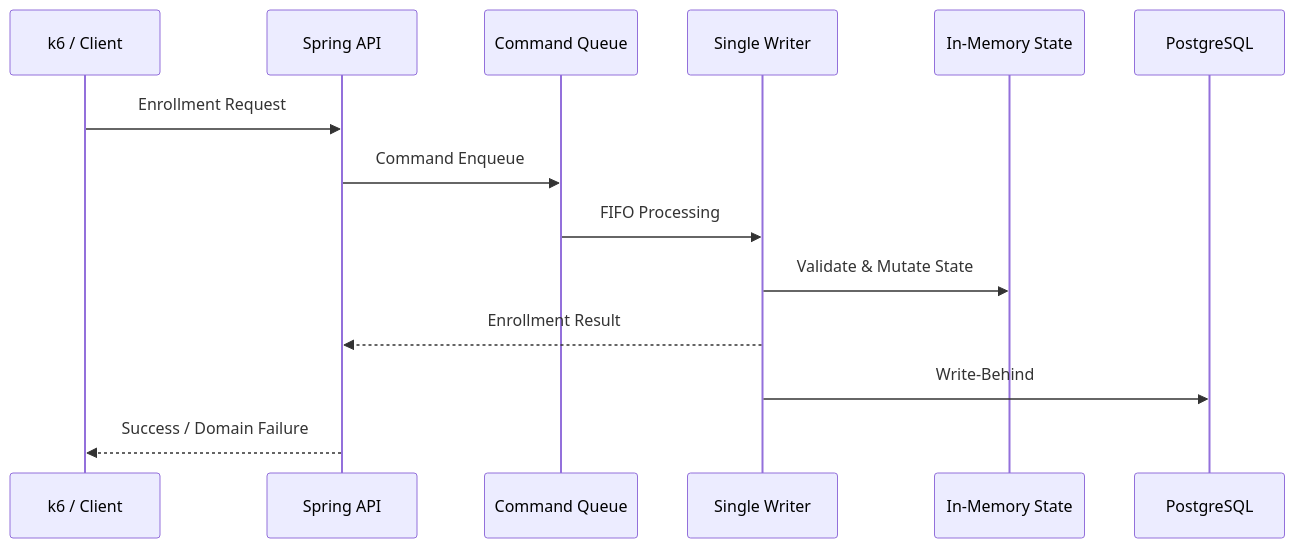
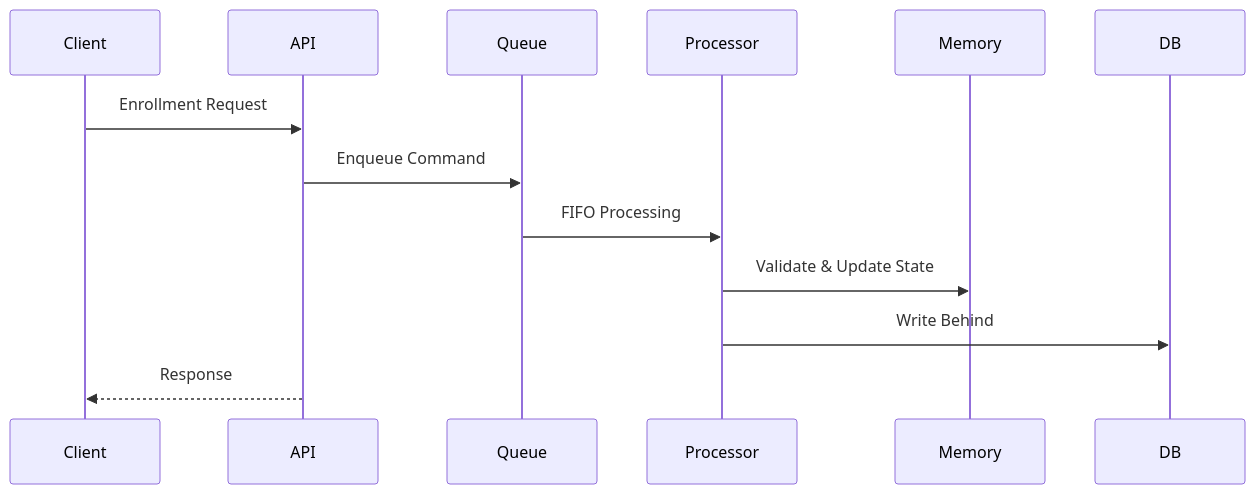
One commit to badapodo/sugang-v2 changed the diagram in README.md. Above: the diagram before and after it, drawn with Mermaid. The commit also changed other lines of this file, not shown here.

````diff
--- a/README.md
+++ b/README.md
@@ -85,17 +65,16 @@
 ```mermaid
 sequenceDiagram
-    participant Client as k6 / Client
-    participant API as Spring API
-    participant Queue as Command Queue
-    participant Writer as Single Writer
-    participant Memory as In-Memory State
-    participant DB as PostgreSQL
+    participant Client
+    participant API
+    participant Queue
+    participant Processor
+    participant Memory
+    participant DB
 
     Client->>API: Enrollment Request
-    API->>Queue: Command Enqueue
-    Queue->>Writer: FIFO Processing
-    Writer->>Memory: Validate & Mutate State
-    Writer-->>API: Enrollment Result
-    Writer->>DB: Write-Behind
-    API-->>Client: Success / Domain Failure
+    API->>Queue: Enqueue Command
+    Queue->>Processor: FIFO Processing
+    Processor->>Memory: Validate & Update State
+    Processor->>DB: Write Behind
+    API-->>Client: Response
 ```
````
